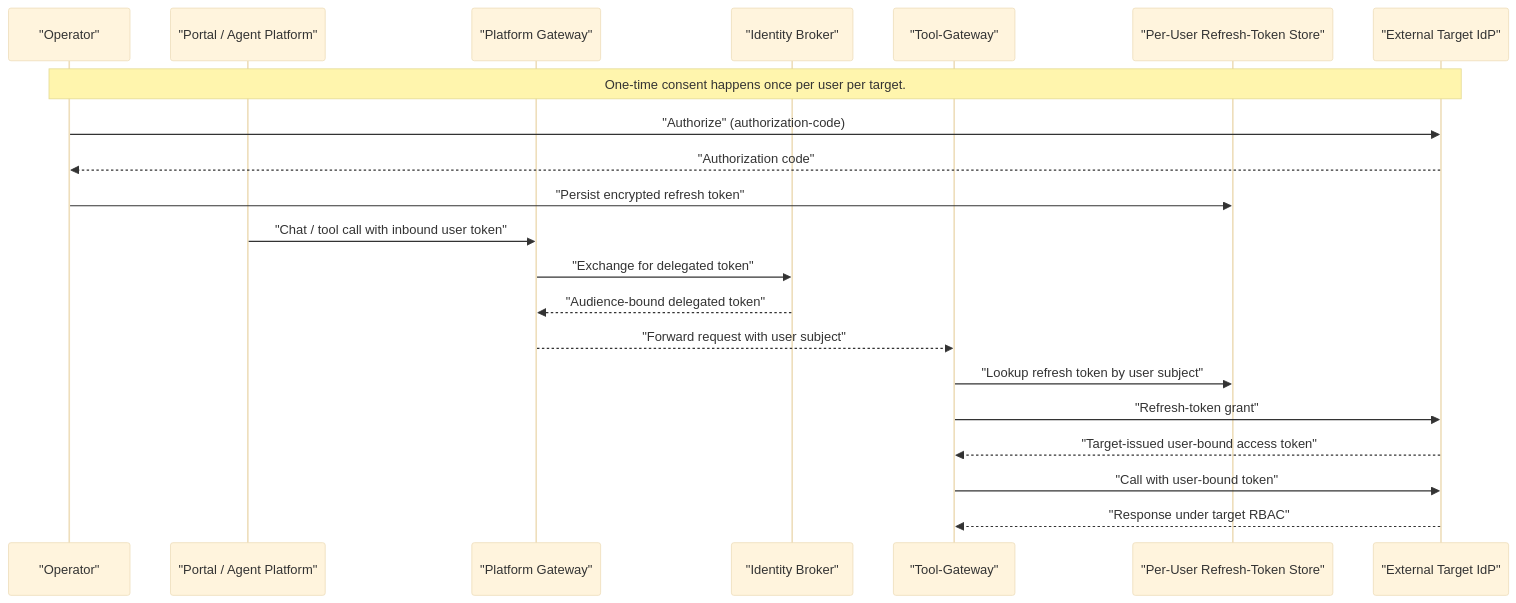
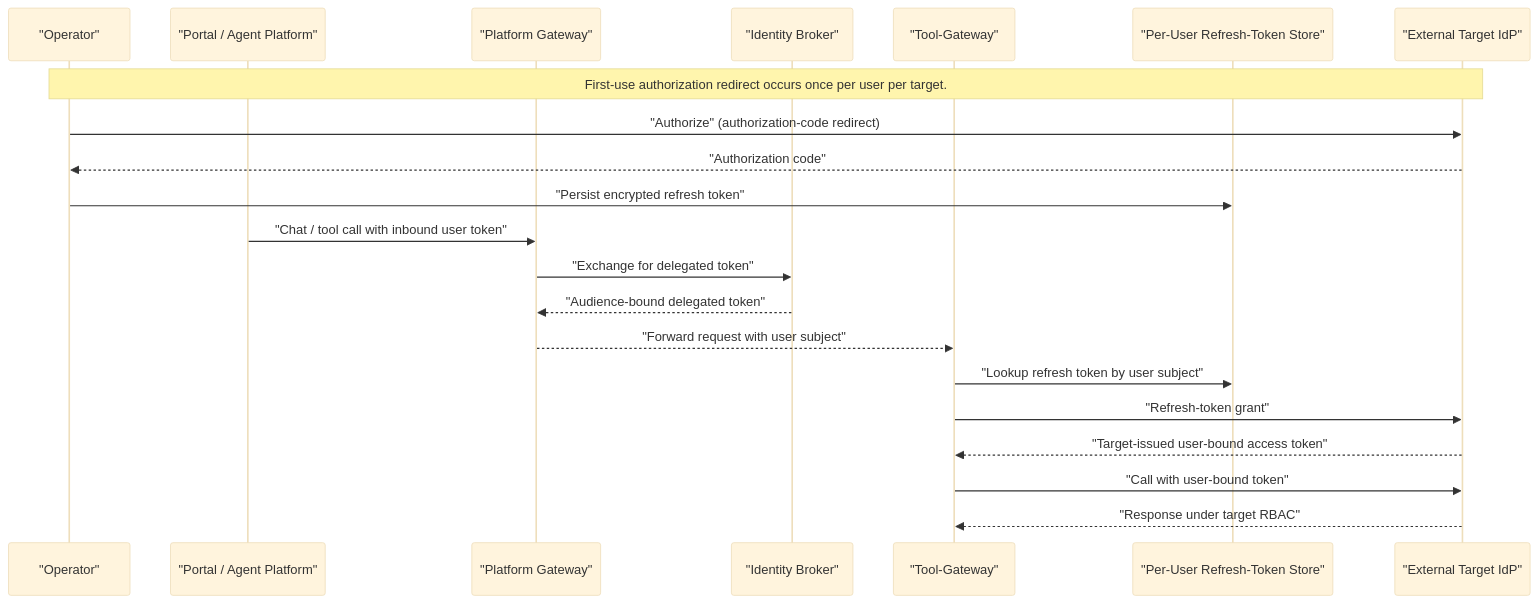
One commit to metasync/luban-aiops changed the second of 6 diagrams in .qoder/repowiki/en/content/Platform Overview/ADR-0015_ Outbound User-Delegated Identity via Per-User OAuth.md. Above: the diagram before and after it, drawn with Mermaid (base theme). The commit also changed other lines of this file and 24 other files, not shown here.

````diff
--- a/.qoder/repowiki/en/content/Platform Overview/ADR-0015_ Outbound User-Delegated Identity via Per-User OAuth.md
+++ b/.qoder/repowiki/en/content/Platform Overview/ADR-0015_ Outbound User-Delegated Identity via Per-User OAuth.md
@@ -84,23 +107,23 @@
 ```mermaid
 sequenceDiagram
 participant Operator as "Operator"
 participant Portal as "Portal / Agent Platform"
 participant Gateway as "Platform Gateway"
 participant Broker as "Identity Broker"
 participant TGW as "Tool-Gateway"
 participant Store as "Per-User Refresh-Token Store"
 participant Target as "External Target IdP"
-Note over Operator,Target : One-time consent happens once per user per target.
-Operator->>Target : "Authorize" (authorization-code)
+Note over Operator,Target : First-use authorization redirect occurs once per user per target.
+Operator->>Target : "Authorize" (authorization-code redirect)
 Target-->>Operator : "Authorization code"
 Operator->>Store : "Persist encrypted refresh token"
 Portal->>Gateway : "Chat / tool call with inbound user token"
 Gateway->>Broker : "Exchange for delegated token"
 Broker-->>Gateway : "Audience-bound delegated token"
 Gateway-->>TGW : "Forward request with user subject"
 TGW->>Store : "Lookup refresh token by user subject"
 TGW->>Target : "Refresh-token grant"
 Target-->>TGW : "Target-issued user-bound access token"
 TGW->>Target : "Call with user-bound token"
 Target-->>TGW : "Response under target RBAC"
 ```
````
